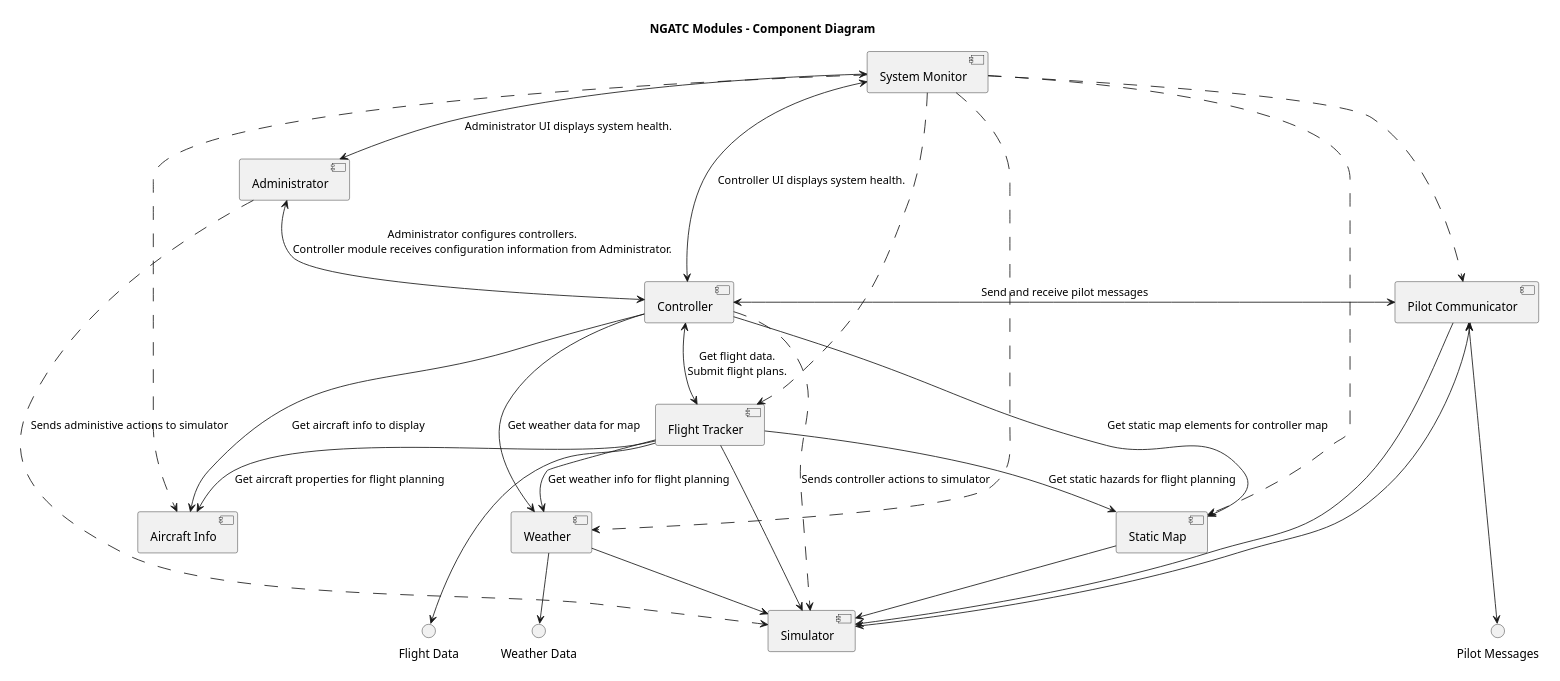
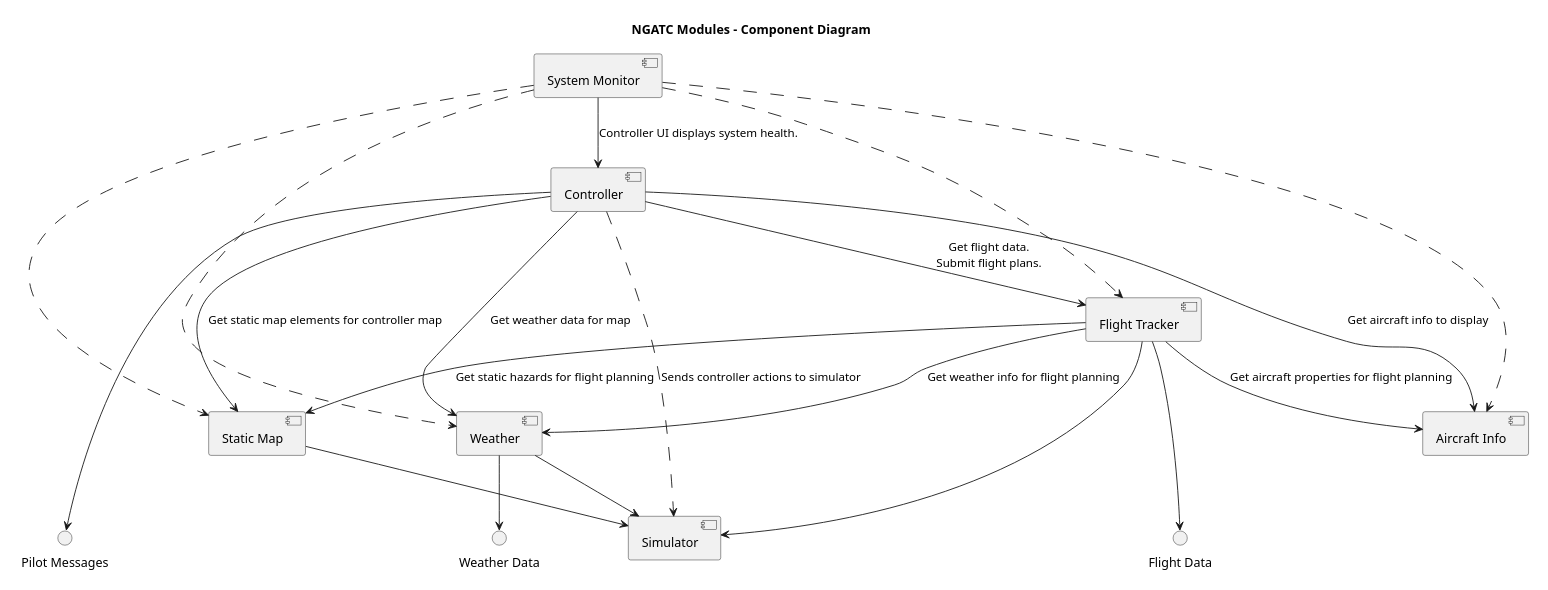
One commit to erikorlowski/cscie97 changed the second of 7 diagrams in cscie97/asn5/design.md. Above: the diagram before and after it, drawn with PlantUML. The commit also changed other lines of this file, not shown here.

````diff
--- a/cscie97/asn5/design.md
+++ b/cscie97/asn5/design.md
@@ -365,49 +365,40 @@
 ```plantuml
 @startuml
 title NGATC Modules - Component Diagram
 scale max 800 width
 
-component "Pilot Communicator" as comms
-component Administrator as admin
 component Weather as weather
 component Controller as control
 component "Flight Tracker" as tracker
 component "System Monitor" as monitor
 component "Static Map" as map
 component "Aircraft Info" as info
 component Simulator as sim
 
 interface "Flight Data" as data
 interface "Weather Data" as weatherData
 interface "Pilot Messages" as msg
 
-control <--> tracker : Get flight data.\nSubmit flight plans.
+control --> tracker : Get flight data.\nSubmit flight plans.
 control --> weather : Get weather data for map
 control --> map : Get static map elements for controller map
 control --> info : Get aircraft info to display
 tracker --> weather : Get weather info for flight planning
 tracker --> map : Get static hazards for flight planning
 tracker --> info : Get aircraft properties for flight planning
-control <-> comms : Send and receive pilot messages
-monitor ..> comms
-monitor <--> admin : Administrator UI displays system health.
 monitor ..> weather
-monitor <--> control : Controller UI displays system health.
+monitor --> control : Controller UI displays system health.
 monitor ..> tracker
 monitor ..> map
 monitor ..> info
-admin <--> control : Administrator configures controllers.\nController module receives configuration information from Administrator.
-comms --> sim
 weather --> sim
 tracker --> sim
 map --> sim
-comms <--> sim
 control ..> sim : Sends controller actions to simulator
-admin ..> sim : Sends administive actions to simulator
 
 tracker ---> data
 weather --> weatherData
-comms <----> msg
+control ----> msg
 
 @enduml
 ```
````
